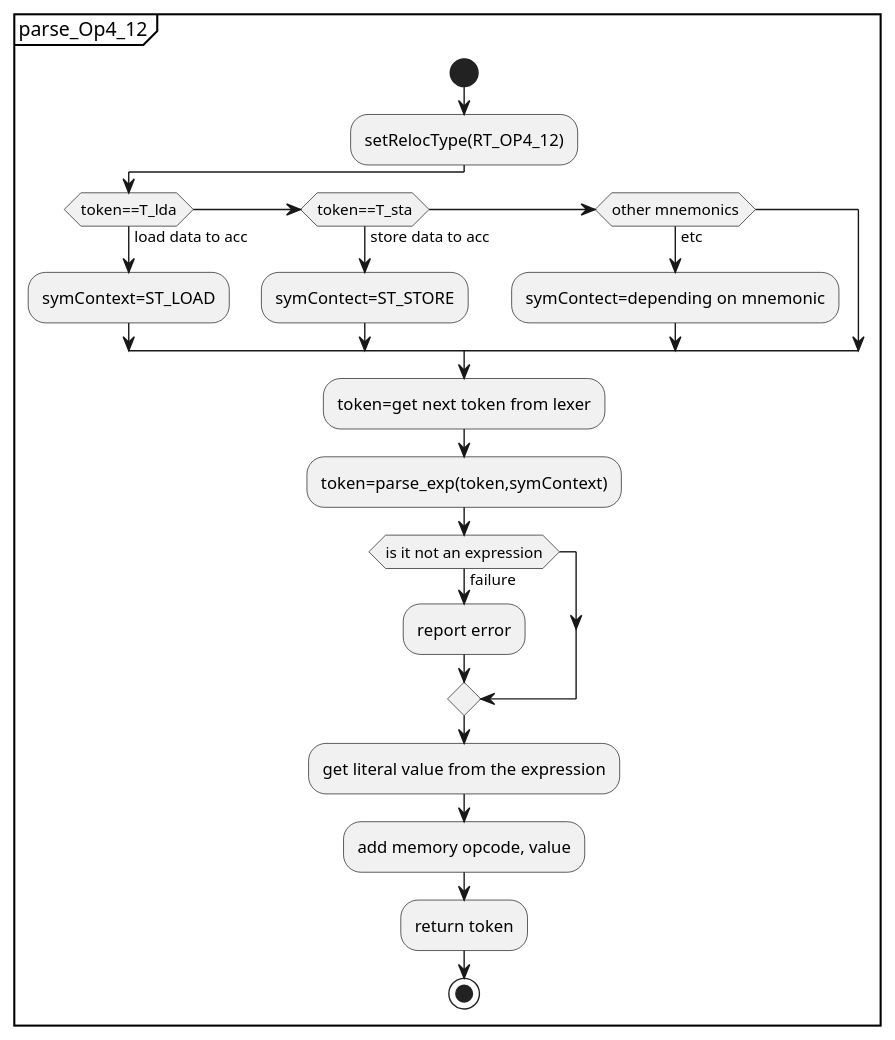
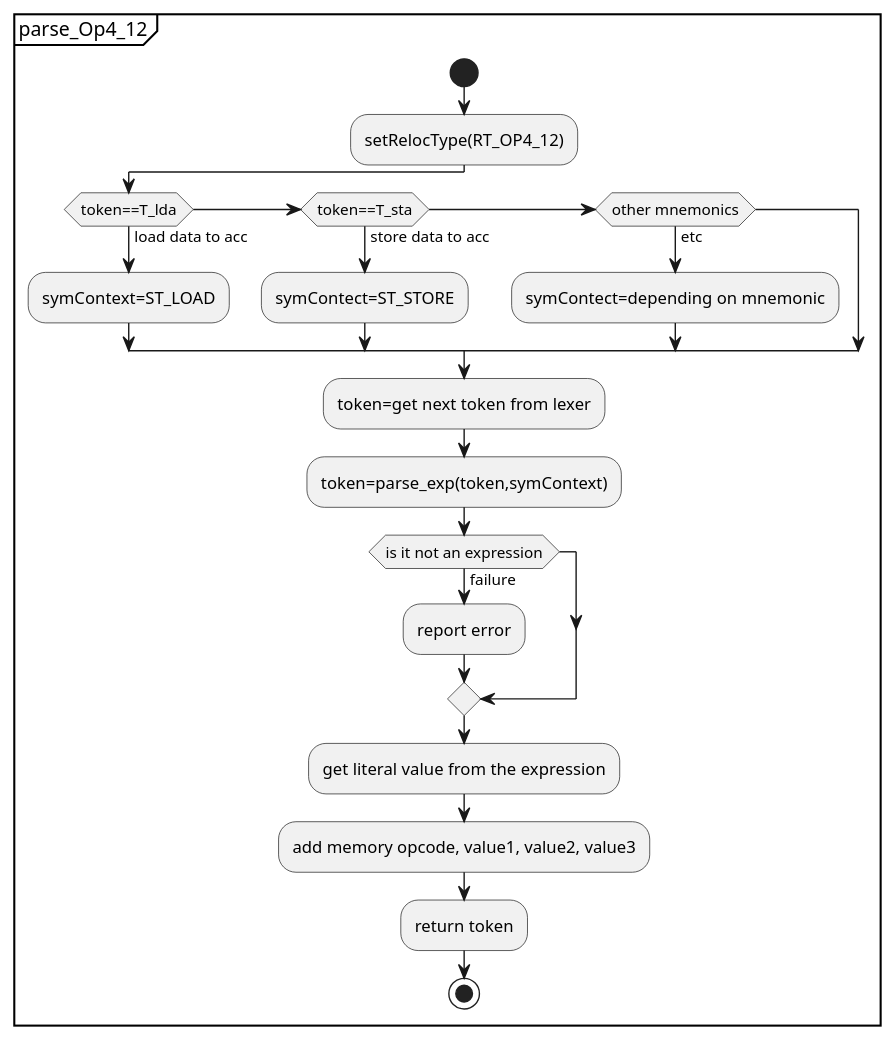
The diagram in doc/parse_op4_12.puml (bfarago/bjtcputoolchain), drawn with PlantUML before and after one commit.

```diff
--- a/doc/parse_op4_12.puml
+++ b/doc/parse_op4_12.puml
@@ -1,22 +1,22 @@
 @startuml
 partition "parse_Op4_12" {
 start
  :setRelocType(RT_OP4_12);
  if (token==T_lda) then (load data to acc)
    :symContext=ST_LOAD;
  elseif(token==T_sta) then (store data to acc)
    :symContect=ST_STORE;
  elseif(other mnemonics) then (etc)
    :symContect=depending on mnemonic;
  endif
  :token=get next token from lexer;
  :token=parse_exp(token,symContext);
  if(is it not an expression) then (failure)
    :report error;
  endif
  :get literal value from the expression;
- :add memory opcode, value;
+ :add memory opcode, value1, value2, value3;
  :return token;
 stop
 }
 @enduml
```
